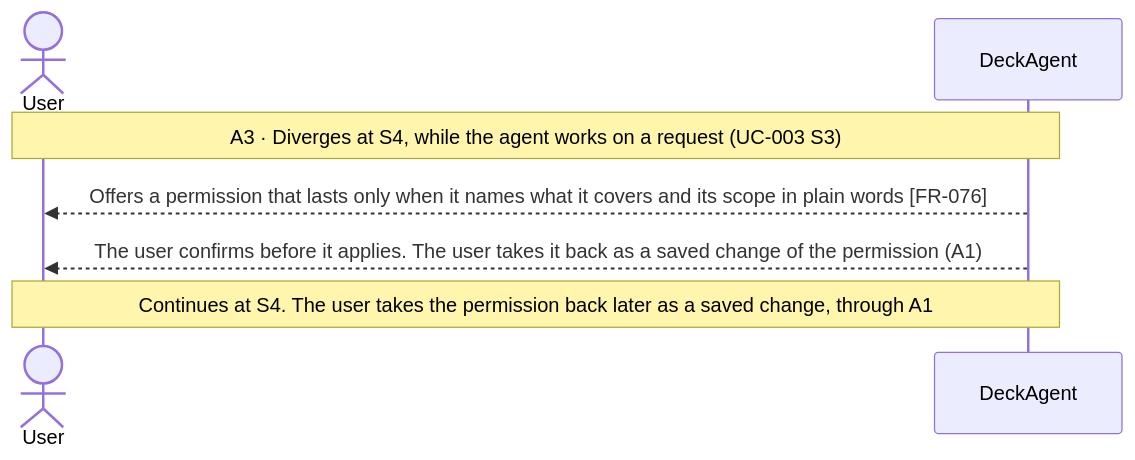
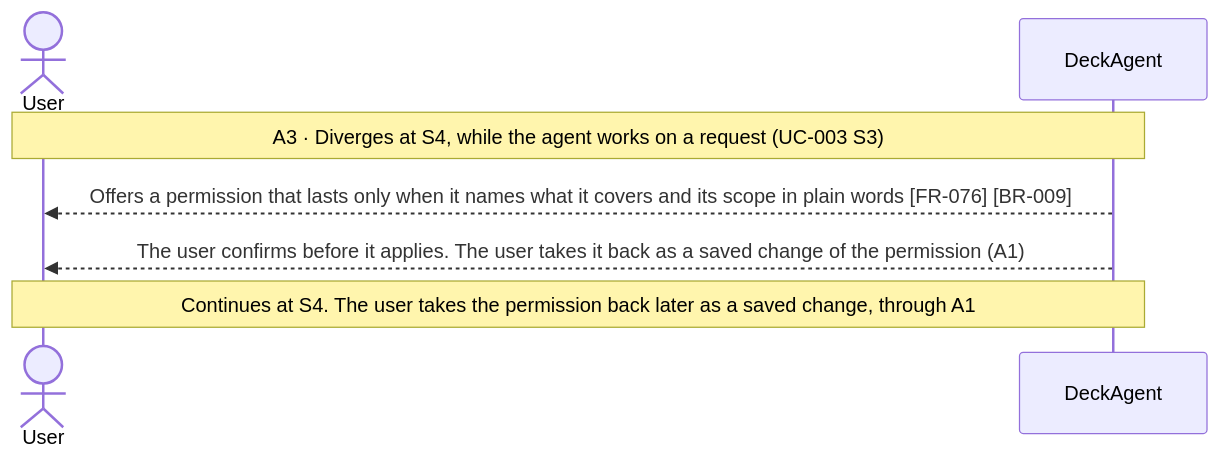
The fourth of 4 diagrams in docs/spec/03-use-cases/UC-014.md (Luke23127006/DeckAgent), drawn with Mermaid before and after one commit. The commit also changed other lines of this file and 19 other files, not shown here.

````diff
--- a/docs/spec/03-use-cases/UC-014.md
+++ b/docs/spec/03-use-cases/UC-014.md
@@ -101,9 +102,9 @@
 ```mermaid
 sequenceDiagram
     actor User
     participant DeckAgent
     Note over User,DeckAgent: A3 · Diverges at S4, while the agent works on a request (UC-003 S3)
-    DeckAgent-->>User: Offers a permission that lasts only when it names what it covers and its scope in plain words [FR-076]
+    DeckAgent-->>User: Offers a permission that lasts only when it names what it covers and its scope in plain words [FR-076] [BR-009]
     DeckAgent-->>User: The user confirms before it applies. The user takes it back as a saved change of the permission (A1)
     Note over User,DeckAgent: Continues at S4. The user takes the permission back later as a saved change, through A1
 ```
````
